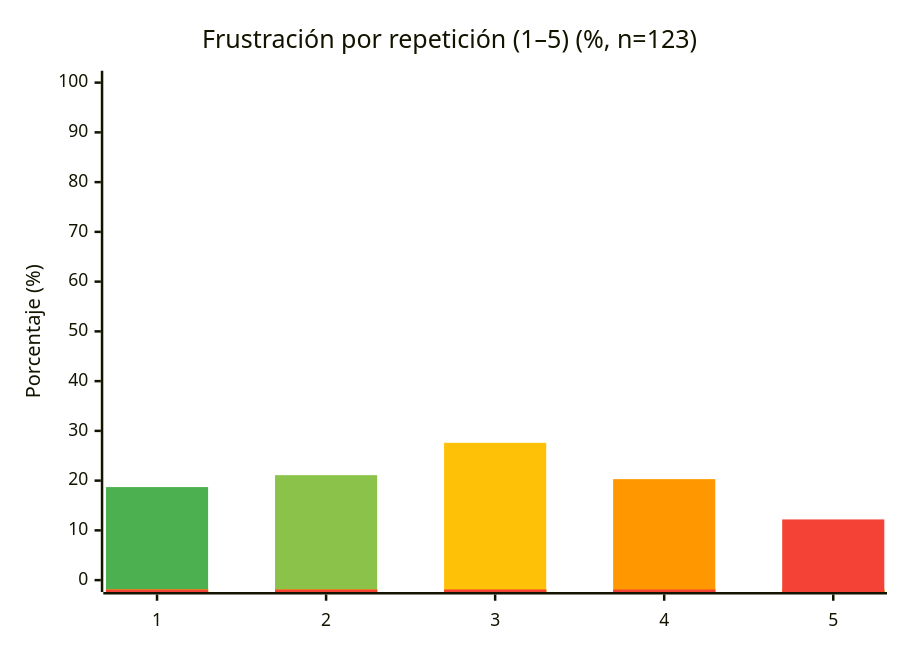
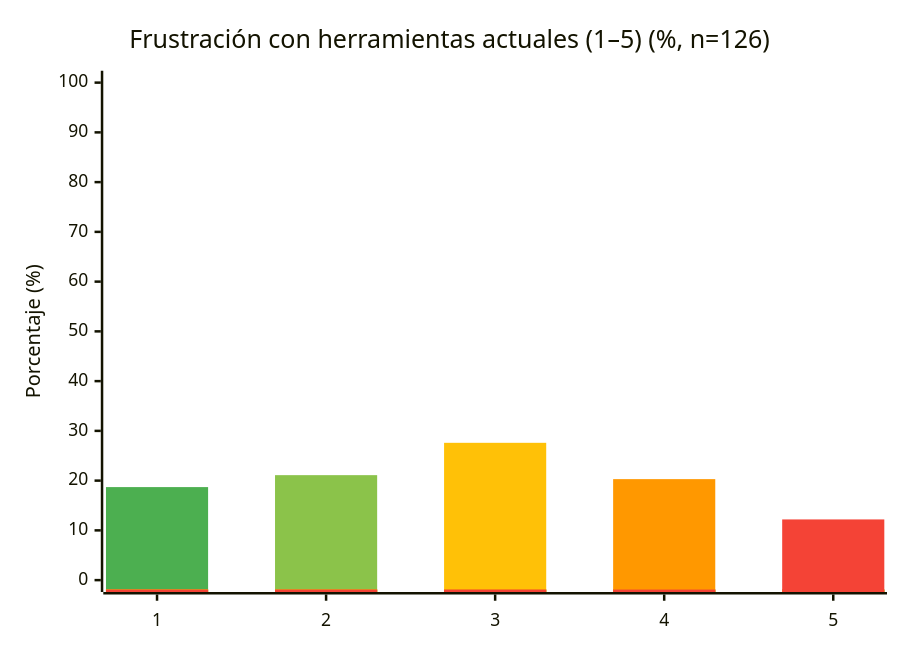
The diagram in images/diagrams/encuesta_frustracion.mmd (smith-3/Taller-Grado-II), drawn with Mermaid before and after one commit. The commit also changed 34 other files, not shown here.

```diff
--- a/images/diagrams/encuesta_frustracion.mmd
+++ b/images/diagrams/encuesta_frustracion.mmd
@@ -1,22 +1,22 @@
 %%{init: {
   'theme': 'default',
   'themeVariables': {
     'xyChart': {
       'plotColorPalette': '#4CAF50, #8BC34A, #FFC107, #FF9800, #F44336'
     }
   }
 }}%%
 xychart-beta
-    title "Frustración por repetición (1–5) (%, n=123)"
+    title "Frustración con herramientas actuales (1–5) (%, n=126)"
     x-axis ["1", "2", "3", "4", "5"]
     y-axis "Porcentaje (%)" 0 --> 100
     %% 1
     bar [18.7, -1.9, -1.9, -1.9, -1.9]
     %% 2
     bar [-1.9, 21.1, -1.9, -1.9, -1.9]
     %% 3
     bar [-1.9, -1.9, 27.6, -1.9, -1.9]
     %% 4
     bar [-1.9, -1.9, -1.9, 20.3, -1.9]
     %% 5
     bar [-1.9, -1.9, -1.9, -1.9, 12.2]
```
